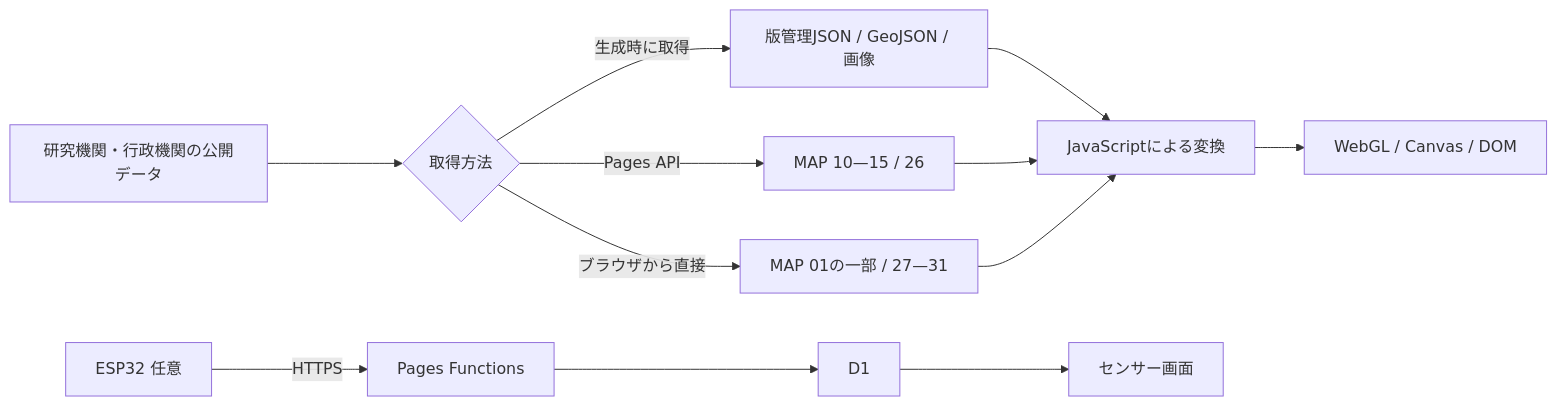
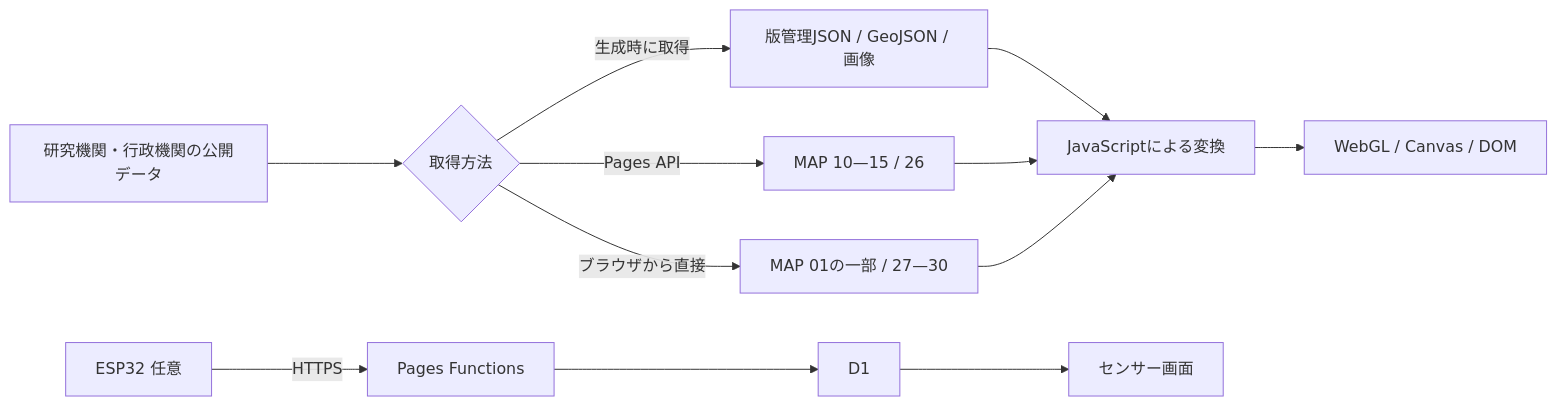
One commit to hinahina-vr/gaia-senseware changed the diagram in docs/CONTEST_2026_SUBMISSION.md. Above: the diagram before and after it, drawn with Mermaid. The commit also changed other lines of this file and 53 other files, not shown here.

````diff
--- a/docs/CONTEST_2026_SUBMISSION.md
+++ b/docs/CONTEST_2026_SUBMISSION.md
@@ -45,14 +45,14 @@
 ```mermaid
 flowchart LR
   A[研究機関・行政機関の公開データ] --> B{取得方法}
   B -->|生成時に取得| C[版管理JSON / GeoJSON / 画像]
   B -->|Pages API| D[MAP 10—15 / 26]
-  B -->|ブラウザから直接| E[MAP 01の一部 / 27—31]
+  B -->|ブラウザから直接| E[MAP 01の一部 / 27—30]
   C --> F[JavaScriptによる変換]
   D --> F
   E --> F
   F --> G[WebGL / Canvas / DOM]
   H[ESP32 任意] -->|HTTPS| I[Pages Functions]
   I --> J[D1]
   J --> K[センサー画面]
 ```
````
